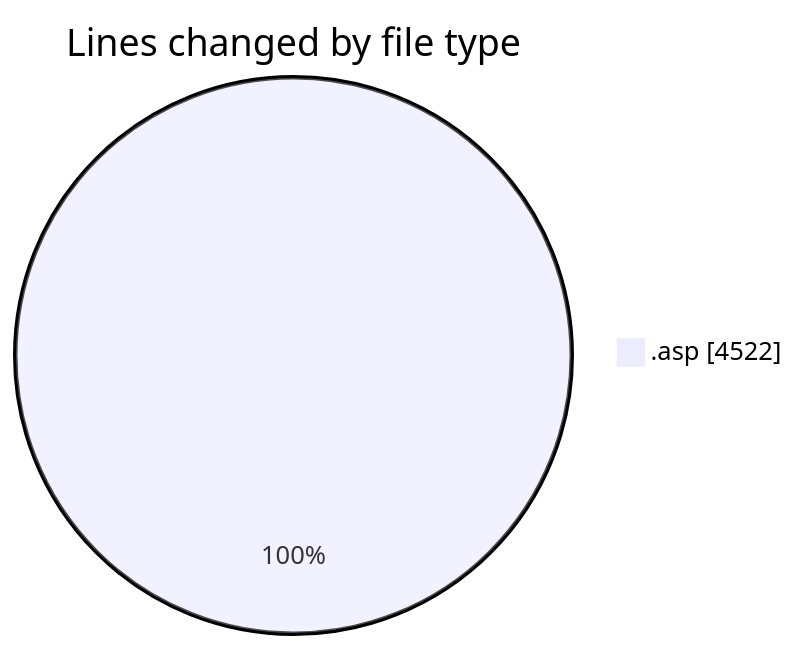
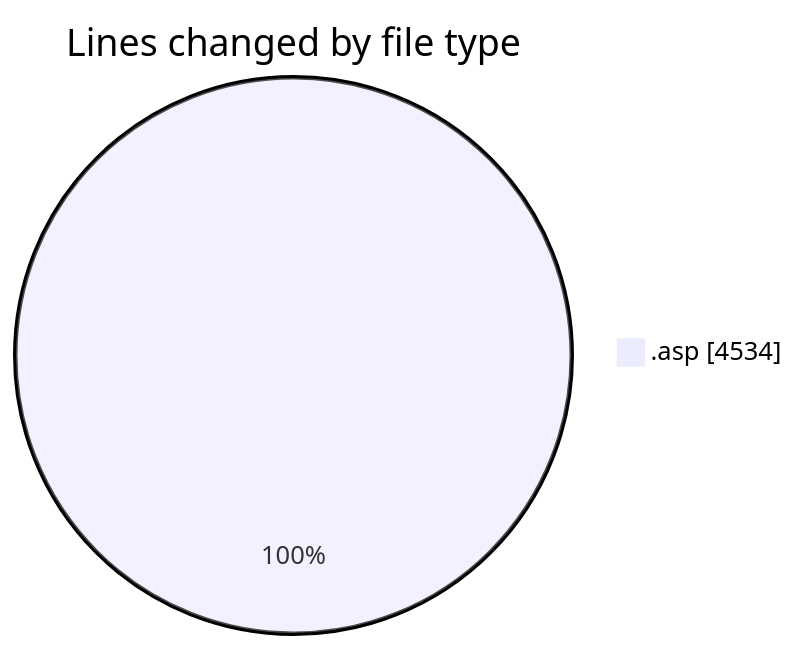
The first of 2 diagrams in 2025-10-28/cdp_aleoudev_fr__workspace_/README.md (julien-gomy/code-tracking), drawn with Mermaid before and after one commit. The commit also changed other lines of this file and 1 other file, not shown here.

````diff
--- a/2025-10-28/cdp_aleoudev_fr__workspace_/README.md
+++ b/2025-10-28/cdp_aleoudev_fr__workspace_/README.md
@@ -21,5 +21,5 @@
 ```mermaid
 pie showData
 title Lines changed by file type
-".asp" : 4522
+".asp" : 4534
 ```
````
